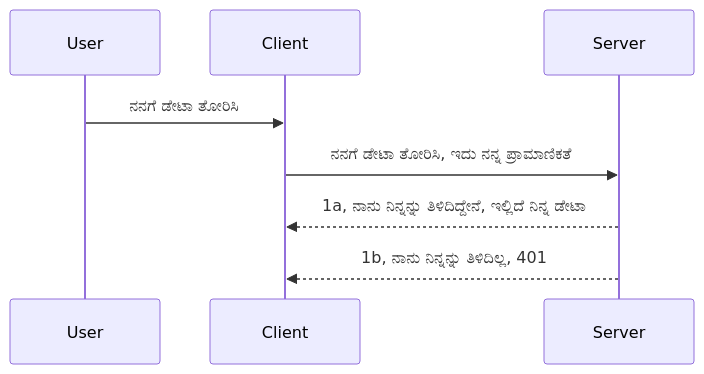
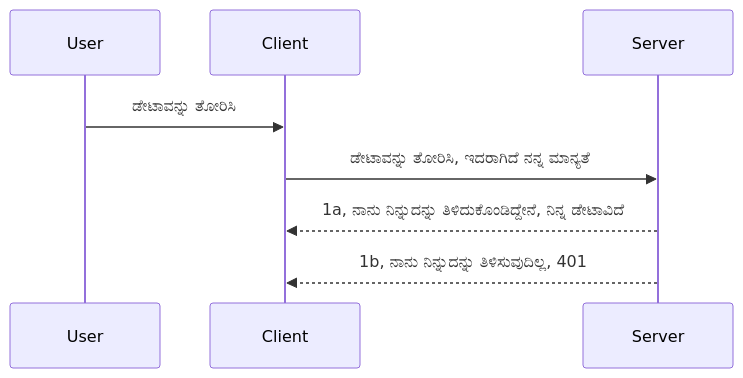
Before and after one commit to HIDORAKAI002/ai-workspace-archive: the diagram in mcp_ecosystem__model_context_protocol/mcp_learning_resources/mcp-for-beginners/translations/kn/03-GettingStarted/11-simple-auth/README.md, drawn with Mermaid. The commit also changed other lines of this file and 1046 other files, not shown here.

````diff
--- a/mcp_ecosystem__model_context_protocol/mcp_learning_resources/mcp-for-beginners/translations/kn/03-GettingStarted/11-simple-auth/README.md
+++ b/mcp_ecosystem__model_context_protocol/mcp_learning_resources/mcp-for-beginners/translations/kn/03-GettingStarted/11-simple-auth/README.md
@@ -24,11 +24,11 @@
 ```mermaid
 sequenceDiagram
    participant User
    participant Client
    participant Server
 
-   User->>Client: ನನಗೆ ಡೇಟಾ ತೋರಿಸಿ
-   Client->>Server: ನನಗೆ ಡೇಟಾ ತೋರಿಸಿ, ಇದು ನನ್ನ ಪ್ರಾಮಾಣಿಕತೆ
-   Server-->>Client: 1a, ನಾನು ನಿನ್ನನ್ನು ತಿಳಿದಿದ್ದೇನೆ, ಇಲ್ಲಿದೆ ನಿನ್ನ ಡೇಟಾ
-   Server-->>Client: 1b, ನಾನು ನಿನ್ನನ್ನು ತಿಳಿದಿಲ್ಲ, 401 
+   User->>Client: ಡೇಟಾವನ್ನು ತೋರಿಸಿ
+   Client->>Server: ಡೇಟಾವನ್ನು ತೋರಿಸಿ, ಇದರಾಗಿದೆ ನನ್ನ ಮಾನ್ಯತೆ
+   Server-->>Client: 1a, ನಾನು ನಿನ್ನುದನ್ನು ತಿಳಿದುಕೊಂಡಿದ್ದೇನೆ, ನಿನ್ನ ಡೇಟಾವಿದೆ
+   Server-->>Client: 1b, ನಾನು ನಿನ್ನುದನ್ನು ತಿಳಿಸುವುದಿಲ್ಲ, 401 
 ```
````
